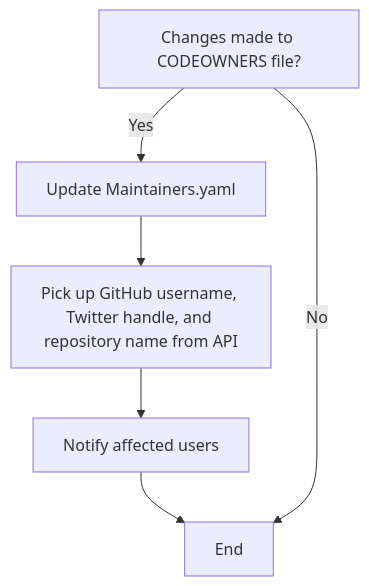
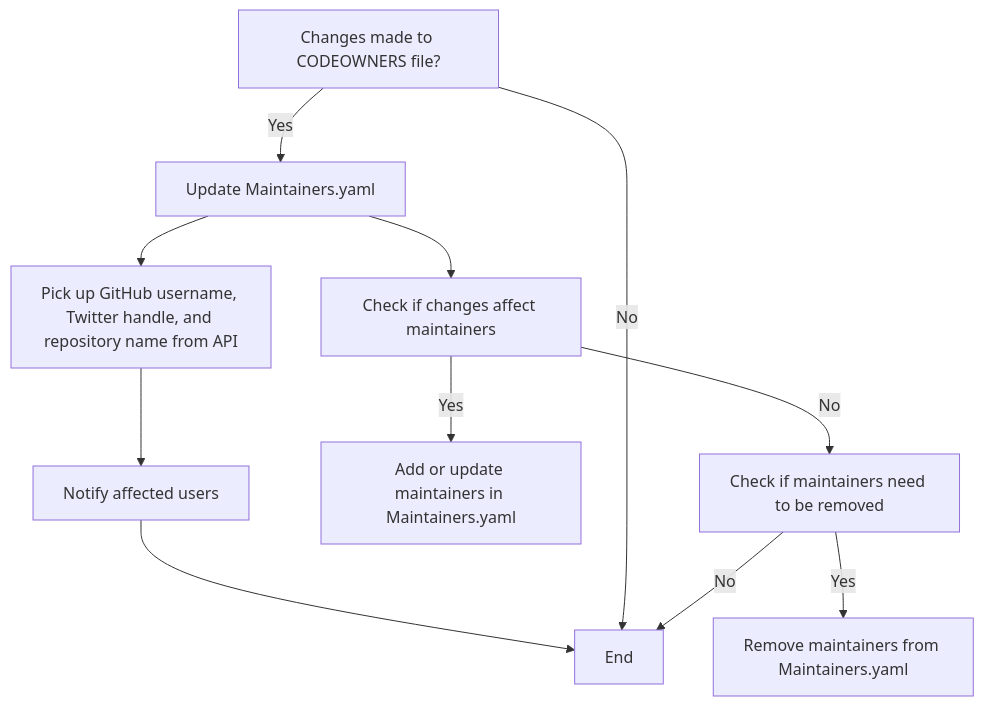
One commit to 14Richa/testRepo changed the fifth of 12 diagrams in scripts/README.md. Above: the diagram before and after it, drawn with Mermaid. The commit also changed other lines of this file, not shown here.

Commit message:
minor fixes

````diff
--- a/scripts/README.md
+++ b/scripts/README.md
@@ -72,8 +72,14 @@
 ```mermaid
 graph TD;
 A[Changes made to CODEOWNERS file?] --> |Yes| B[Update Maintainers.yaml];
 B --> C[Pick up GitHub username, Twitter handle, and repository name from API];
 C --> D[Notify affected users];
 D --> E[End];
 A --> |No| E[End];
+B --> F[Check if changes affect maintainers];
+F --> |Yes| G[Add or update maintainers in Maintainers.yaml];
+F --> |No| H[Check if maintainers need to be removed];
+H --> |Yes| I[Remove maintainers from Maintainers.yaml];
+H --> |No| E[End];
+
 ```
````
